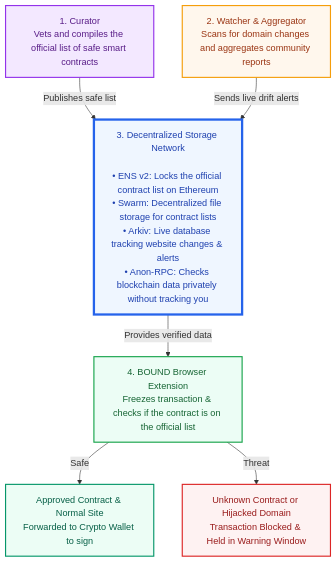
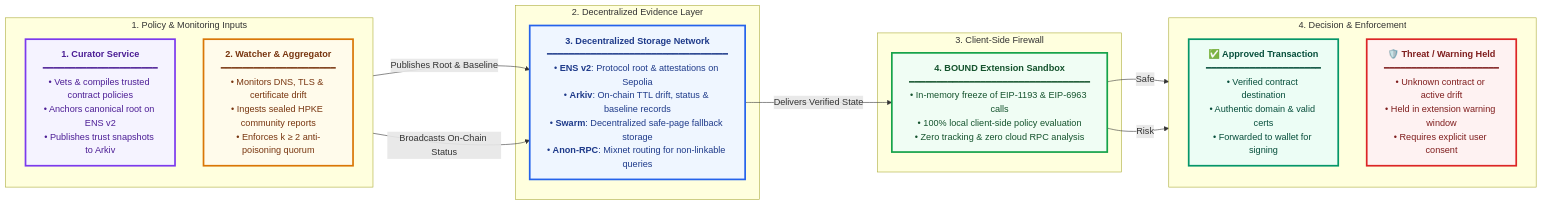
The diagram in README.md (Soundcreates/BOUND), drawn with Mermaid before and after one commit. The commit also changed 1 other file, not shown here.

Commit message:
docs: modernize mermaid diagram to horizontal layout with thicker blocks and compact viewport

````diff
--- a/README.md
+++ b/README.md
@@ -10,36 +10,42 @@
 ```mermaid
+flowchart LR
+    subgraph Inputs["1. Policy & Monitoring Inputs"]
+        direction TB
+        A["<b>1. Curator Service</b><br/>━━━━━━━━━━━━━━━━━━━━━<br/>• Vets & compiles trusted contract policies<br/>• Anchors canonical root on ENS v2<br/>• Publishes trust snapshots to Arkiv"]
+        B["<b>2. Watcher & Aggregator</b><br/>━━━━━━━━━━━━━━━━━━━━━<br/>• Monitors DNS, TLS & certificate drift<br/>• Ingests sealed HPKE community reports<br/>• Enforces k ≥ 2 anti-poisoning quorum"]
+    end
 
-flowchart TD
-    A["1. Curator<br/>Vets and compiles the official list of safe smart contracts"]
-    B["2. Watcher & Aggregator<br/>Scans for domain changes and aggregates community reports"]
+    subgraph Storage["2. Decentralized Evidence Layer"]
+        C["<b>3. Decentralized Storage Network</b><br/>━━━━━━━━━━━━━━━━━━━━━━━━━━━━━━━━━<br/>• <b>ENS v2</b>: Protocol root & attestations on Sepolia<br/>• <b>Arkiv</b>: On-chain TTL drift, status & baseline records<br/>• <b>Swarm</b>: Decentralized safe-page fallback storage<br/>• <b>Anon-RPC</b>: Mixnet routing for non-linkable queries"]
+    end
 
-    A -->|"Publishes safe list"| C
-    B -->|"Sends live drift alerts"| C
+    subgraph Extension["3. Client-Side Firewall"]
+        D["<b>4. BOUND Extension Sandbox</b><br/>━━━━━━━━━━━━━━━━━━━━━━━━━━━━━━━━━<br/>• In-memory freeze of EIP-1193 & EIP-6963 calls<br/>• 100% local client-side policy evaluation<br/>• Zero tracking & zero cloud RPC analysis"]
+    end
 
-    C["3. Decentralized Storage Network<br/><br/>• ENS v2: Locks the official contract list on Ethereum<br/>• Swarm: Decentralized file storage for contract lists<br/>• Arkiv: Live database tracking website changes & alerts<br/>• Anon-RPC: Checks blockchain data privately without tracking you"]
+    subgraph Verdicts["4. Decision & Enforcement"]
+        direction TB
+        E["<b>✅ Approved Transaction</b><br/>━━━━━━━━━━━━━━━━━━━━━<br/>• Verified contract destination<br/>• Authentic domain & valid certs<br/>• Forwarded to wallet for signing"]
+        F["<b>🛡️ Threat / Warning Held</b><br/>━━━━━━━━━━━━━━━━━━━━━<br/>• Unknown contract or active drift<br/>• Held in extension warning window<br/>• Requires explicit user consent"]
+    end
 
-    C -->|"Provides verified data"| D
+    A -->|"Publishes Root & Baseline"| C
+    B -->|"Broadcasts On-Chain Status"| C
+    C -->|"Delivers Verified State"| D
+    D -->|"Safe"| E
+    D -->|"Risk"| F
 
-    D["4. BOUND Browser Extension<br/>Freezes transaction & checks if the contract is on the official list"]
-
-    D -->|"Safe"| E
-    D -->|"Threat"| F
-
-    E["Approved Contract & Normal Site<br/>Forwarded to Crypto Wallet to sign"]
-
-    F["Unknown Contract or Hijacked Domain<br/>Transaction Blocked & Held in Warning Window"]
-
-    classDef curator fill:#f3e8ff,stroke:#9333ea,color:#581c87,stroke-width:2px
-    classDef watcher fill:#fff7ed,stroke:#f59e0b,color:#9a3412,stroke-width:2px
-    classDef storage fill:#eff6ff,stroke:#2563eb,color:#1e40af,stroke-width:4px
-    classDef extension fill:#ecfdf5,stroke:#16a34a,color:#166534,stroke-width:2px
-    classDef safe fill:#ecfdf5,stroke:#059669,color:#065f46,stroke-width:2px
-    classDef threat fill:#fef2f2,stroke:#dc2626,color:#991b1b,stroke-width:2px
+    classDef curator fill:#f5f3ff,stroke:#7c3aed,stroke-width:3px,color:#4c1d95
+    classDef watcher fill:#fffbeb,stroke:#d97706,stroke-width:3px,color:#78350f
+    classDef storage fill:#eff6ff,stroke:#2563eb,stroke-width:3px,color:#1e3a8a
+    classDef extension fill:#f0fdf4,stroke:#16a34a,stroke-width:3px,color:#14532d
+    classDef safe fill:#ecfdf5,stroke:#059669,stroke-width:3px,color:#064e3b
+    classDef threat fill:#fef2f2,stroke:#dc2626,stroke-width:3px,color:#7f1d1d
 
     class A curator
     class B watcher
     class C storage
     class D extension
     class E safe
     class F threat
 ```
````
